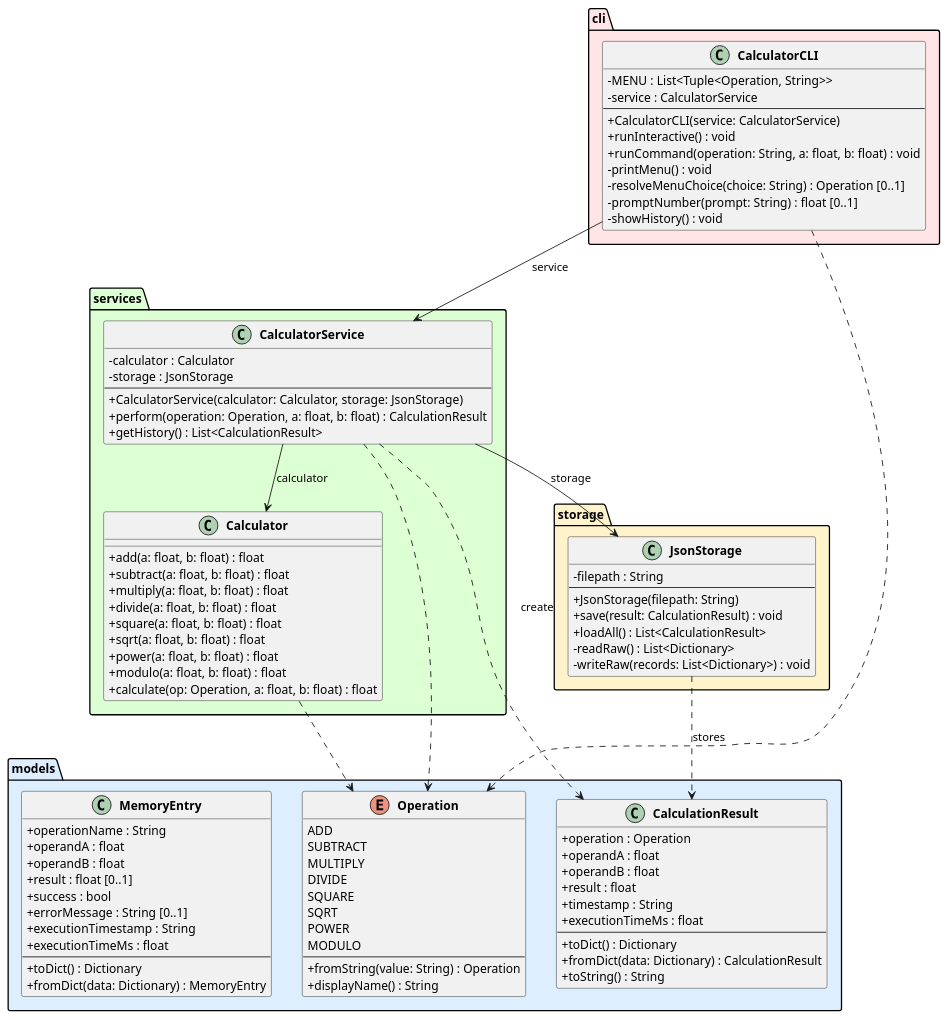
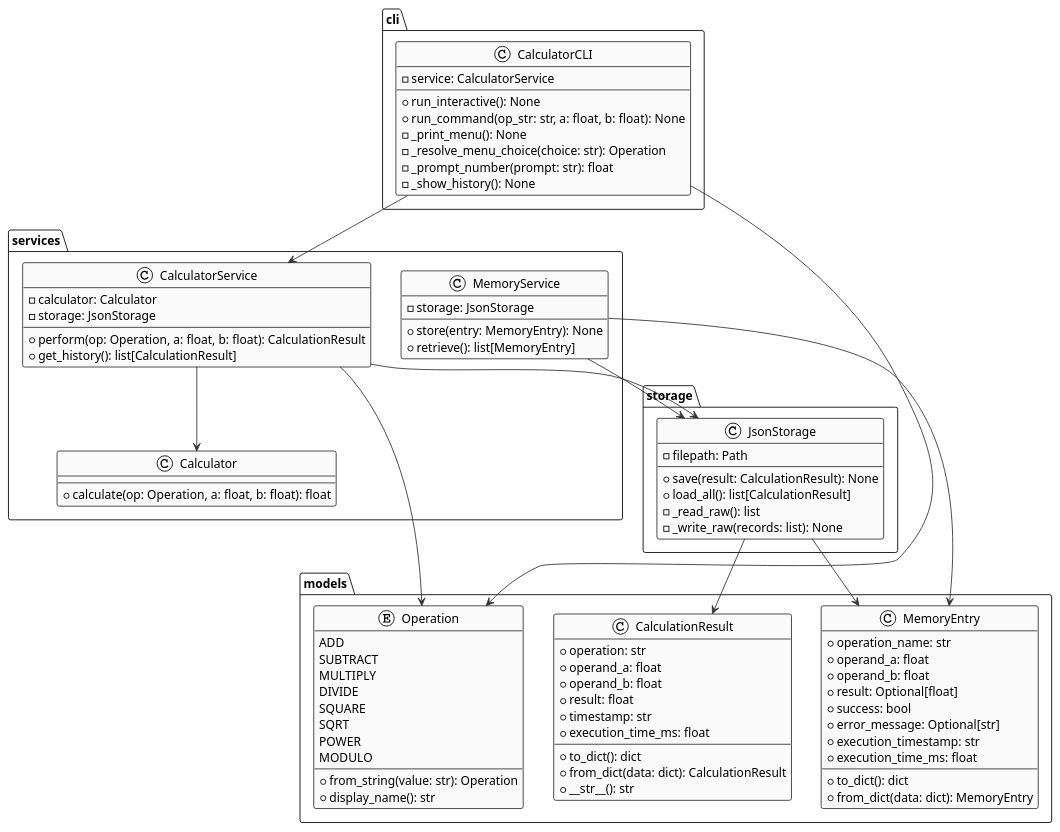
One commit to DanielRiha8906/Software_autoevolution_using_agents changed the diagram in experiments/broadcast/structured_text/calculator/artifacts/class_diagram.puml. Above: the diagram before and after it, drawn with PlantUML. The commit also changed 27 other files, not shown here.

```diff
--- a/experiments/broadcast/structured_text/calculator/artifacts/class_diagram.puml
+++ b/experiments/broadcast/structured_text/calculator/artifacts/class_diagram.puml
@@ -1,109 +1,110 @@
-@startuml class_diagram
+@startuml
+!theme plain
+skinparam classBackgroundColor #FAFAFA
+skinparam classBorderColor #333333
+skinparam arrowColor #333333
+skinparam fontName Courier
 
-skinparam classAttributeIconSize 0
-skinparam classFontStyle bold
+package "models" {
+  enum Operation {
+    ADD
+    SUBTRACT
+    MULTIPLY
+    DIVIDE
+    SQUARE
+    SQRT
+    POWER
+    MODULO
+    --
+    +from_string(value: str): Operation
+    +display_name(): str
+  }
 
-package "models" #DDEEFF {
-    enum Operation {
-        ADD
-        SUBTRACT
-        MULTIPLY
-        DIVIDE
-        SQUARE
-        SQRT
-        POWER
-        MODULO
-        --
-        +fromString(value: String) : Operation
-        +displayName() : String
-    }
+  class CalculationResult {
+    +operation: str
+    +operand_a: float
+    +operand_b: float
+    +result: float
+    +timestamp: str
+    +execution_time_ms: float
+    --
+    +to_dict(): dict
+    +from_dict(data: dict): CalculationResult
+    +__str__(): str
+  }
 
-    class CalculationResult {
-        +operation : Operation
-        +operandA : float
-        +operandB : float
-        +result : float
-        +timestamp : String
-        +executionTimeMs : float
-        --
-        +toDict() : Dictionary
-        +fromDict(data: Dictionary) : CalculationResult
-        +toString() : String
-    }
-
-    class MemoryEntry {
-        +operationName : String
-        +operandA : float
-        +operandB : float
-        +result : float [0..1]
-        +success : bool
-        +errorMessage : String [0..1]
-        +executionTimestamp : String
-        +executionTimeMs : float
-        --
-        +toDict() : Dictionary
-        +fromDict(data: Dictionary) : MemoryEntry
-    }
+  class MemoryEntry {
+    +operation_name: str
+    +operand_a: float
+    +operand_b: float
+    +result: Optional[float]
+    +success: bool
+    +error_message: Optional[str]
+    +execution_timestamp: str
+    +execution_time_ms: float
+    --
+    +to_dict(): dict
+    +from_dict(data: dict): MemoryEntry
+  }
 }
 
-package "services" #DDFFD4 {
-    class Calculator {
-        +add(a: float, b: float) : float
-        +subtract(a: float, b: float) : float
-        +multiply(a: float, b: float) : float
-        +divide(a: float, b: float) : float
-        +square(a: float, b: float) : float
-        +sqrt(a: float, b: float) : float
-        +power(a: float, b: float) : float
-        +modulo(a: float, b: float) : float
-        +calculate(op: Operation, a: float, b: float) : float
-    }
+package "services" {
+  class Calculator {
+    +calculate(op: Operation, a: float, b: float): float
+  }
 
-    class CalculatorService {
-        -calculator : Calculator
-        -storage : JsonStorage
-        --
-        +CalculatorService(calculator: Calculator, storage: JsonStorage)
-        +perform(operation: Operation, a: float, b: float) : CalculationResult
-        +getHistory() : List<CalculationResult>
-    }
+  class CalculatorService {
+    -calculator: Calculator
+    -storage: JsonStorage
+    --
+    +perform(op: Operation, a: float, b: float): CalculationResult
+    +get_history(): list[CalculationResult]
+  }
+
+  class MemoryService {
+    -storage: JsonStorage
+    --
+    +store(entry: MemoryEntry): None
+    +retrieve(): list[MemoryEntry]
+  }
 }
 
-package "storage" #FFF3CC {
-    class JsonStorage {
-        -filepath : String
-        --
-        +JsonStorage(filepath: String)
-        +save(result: CalculationResult) : void
-        +loadAll() : List<CalculationResult>
-        -readRaw() : List<Dictionary>
-        -writeRaw(records: List<Dictionary>) : void
-    }
+package "storage" {
+  class JsonStorage {
+    -filepath: Path
+    --
+    +save(result: CalculationResult): None
+    +load_all(): list[CalculationResult]
+    -_read_raw(): list
+    -_write_raw(records: list): None
+  }
 }
 
-package "cli" #FFE5E5 {
-    class CalculatorCLI {
-        -MENU : List<Tuple<Operation, String>>
-        -service : CalculatorService
-        --
-        +CalculatorCLI(service: CalculatorService)
-        +runInteractive() : void
-        +runCommand(operation: String, a: float, b: float) : void
-        -printMenu() : void
-        -resolveMenuChoice(choice: String) : Operation [0..1]
-        -promptNumber(prompt: String) : float [0..1]
-        -showHistory() : void
-    }
+package "cli" {
+  class CalculatorCLI {
+    -service: CalculatorService
+    --
+    +run_interactive(): None
+    +run_command(op_str: str, a: float, b: float): None
+    -_print_menu(): None
+    -_resolve_menu_choice(choice: str): Operation
+    -_prompt_number(prompt: str): float
+    -_show_history(): None
+  }
 }
 
-CalculatorCLI --> CalculatorService : service
-CalculatorService --> Calculator : calculator
-CalculatorService --> JsonStorage : storage
+' Relationships
+CalculatorService --> Calculator
+CalculatorService --> JsonStorage
+CalculatorService --> Operation
 
-CalculatorService ..> CalculationResult : create
-CalculatorService ..> Operation
-CalculatorCLI ..> Operation
-Calculator ..> Operation
-JsonStorage ..> CalculationResult : stores
+MemoryService --> JsonStorage
+MemoryService --> MemoryEntry
+
+CalculatorCLI --> CalculatorService
+CalculatorCLI --> Operation
+
+JsonStorage --> CalculationResult
+JsonStorage --> MemoryEntry
 
 @enduml
```
